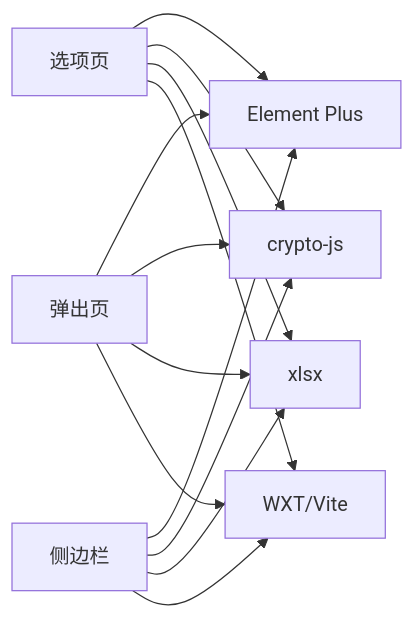
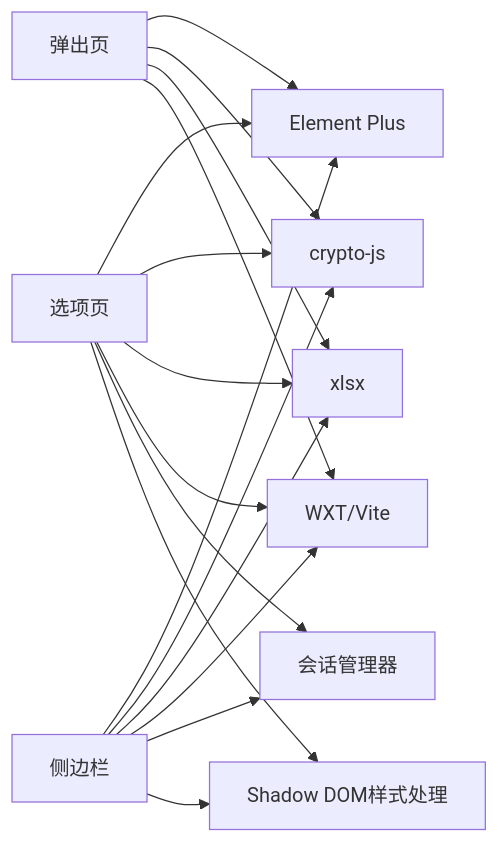
The sixth of 6 diagrams in .qoder/repowiki/zh/content/用户界面组件/用户界面组件.md (liaolongdong/account-password-helper), drawn with Mermaid before and after one commit. The commit also changed other lines of this file and 23 other files, not shown here.

````diff
--- a/.qoder/repowiki/zh/content/用户界面组件/用户界面组件.md
+++ b/.qoder/repowiki/zh/content/用户界面组件/用户界面组件.md
@@ -310,15 +435,19 @@
 ```mermaid
 graph LR
 Options["选项页"] --> EPlus["Element Plus"]
 Popup["弹出页"] --> EPlus
 SidePanel["侧边栏"] --> EPlus
 Options --> Crypto["crypto-js"]
 SidePanel --> Crypto
 Popup --> Crypto
 Options --> XLSX["xlsx"]
 SidePanel --> XLSX
 Popup --> XLSX
 Options --> WXT["WXT/Vite"]
 Popup --> WXT
 SidePanel --> WXT
+Options --> SessionMgr["会话管理器"]
+SidePanel --> SessionMgr
+Options --> ShadowDom["Shadow DOM样式处理"]
+SidePanel --> ShadowDom
 ```
````
